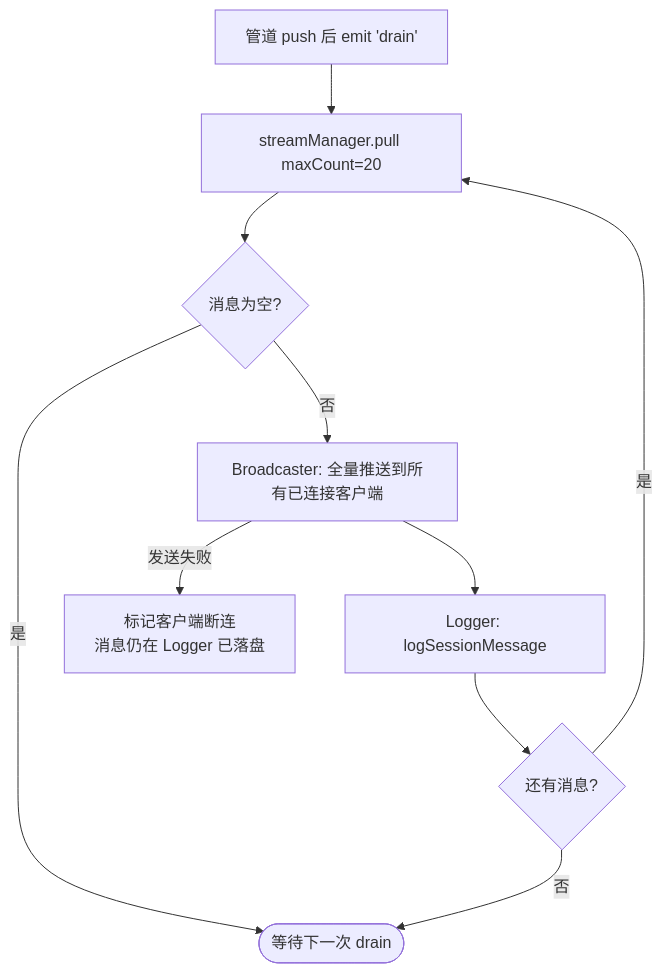
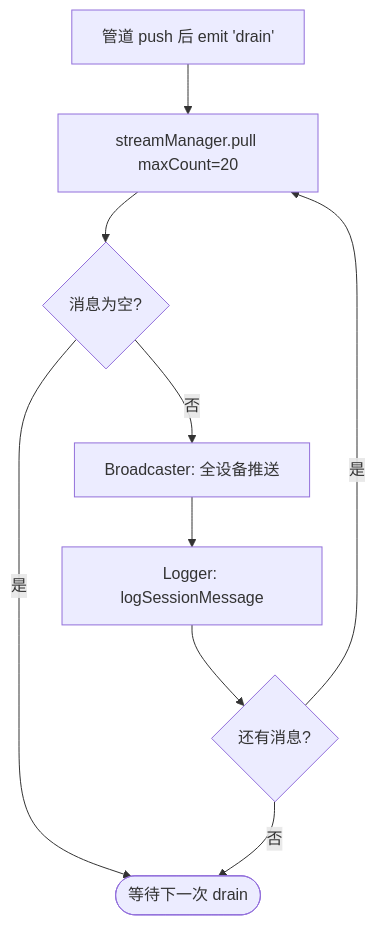
Before and after one commit to Menfre01/mypilot: the seventh of 10 diagrams in docs/transcript-tailer-architecture.md, drawn with Mermaid. The commit also changed other lines of this file and 25 other files, not shown here.

````diff
--- a/docs/transcript-tailer-architecture.md
+++ b/docs/transcript-tailer-architecture.md
@@ -523,13 +439,11 @@
 ```mermaid
 flowchart TD
     NOTIFY[管道 push 后 emit 'drain'] --> PULL[streamManager.pull maxCount=20]
     PULL --> EMPTY{消息为空?}
     EMPTY -->|是| DONE([等待下一次 drain])
-    EMPTY -->|否| BC[Broadcaster: 全量推送到所有已连接客户端]
+    EMPTY -->|否| BC[Broadcaster: 全设备推送]
     BC --> LOG[Logger: logSessionMessage]
     LOG --> NEXT{还有消息?}
     NEXT -->|是| PULL
     NEXT -->|否| DONE
-
-    BC -->|发送失败| DEAD[标记客户端断连<br/>消息仍在 Logger 已落盘]
 ```
````
